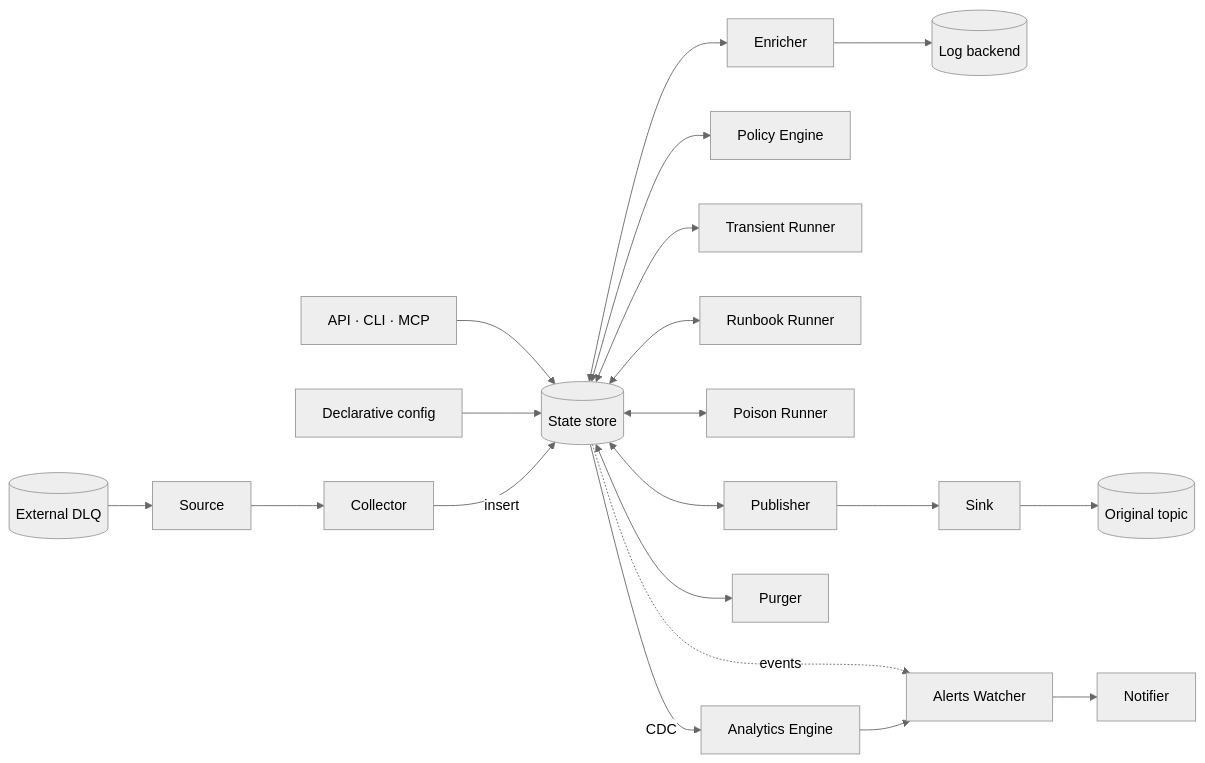
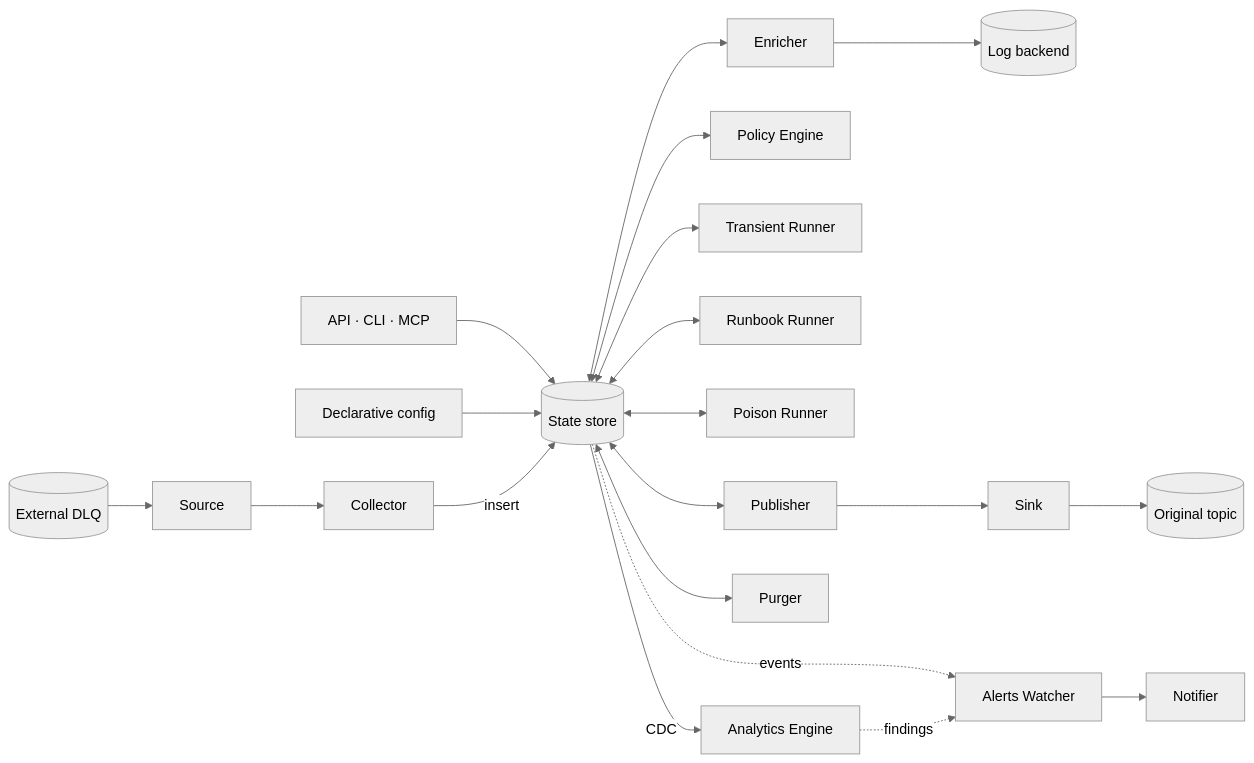
Before and after one commit to opendlq/OpenDLQ: the diagram in docs/architecture.md, drawn with Mermaid (neutral theme). The commit also changed 2 other files, not shown here.

Commit message:
docs: alert on Analytics Engine findings
Claude-Session: https://claude.ai/code/session_01KbKZ15adkjRi15bCpcZNqv

````diff
--- a/docs/architecture.md
+++ b/docs/architecture.md
@@ -19,22 +19,22 @@
 ```mermaid
 flowchart LR
     DLQ[(External DLQ)] --> Source
     Source --> Collector
     CLI[API · CLI · MCP] --> Store
     CFG[Declarative config] --> Store
     Collector -->|insert| Store[(State store)]
     Store <--> Enricher
     Enricher --> Logs[(Log backend)]
     Store <--> Policy[Policy Engine]
     Store <--> Transient[Transient Runner]
     Store <--> Runbook[Runbook Runner]
     Store <--> Poison[Poison Runner]
     Store <--> Publisher
     Store <--> Purger
     Publisher --> Sink
     Sink --> Topic[(Original topic)]
     Store -->|CDC| Analytics[Analytics Engine]
     Store -. events .-> Alerts[Alerts Watcher]
-    Analytics --> Alerts
+    Analytics -. findings .-> Alerts
     Alerts --> Notifier
 ```
````
